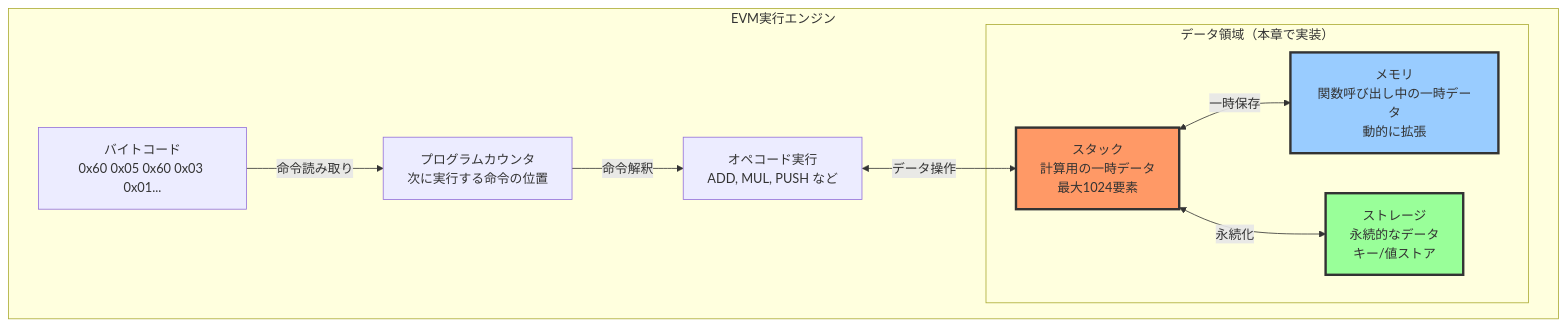
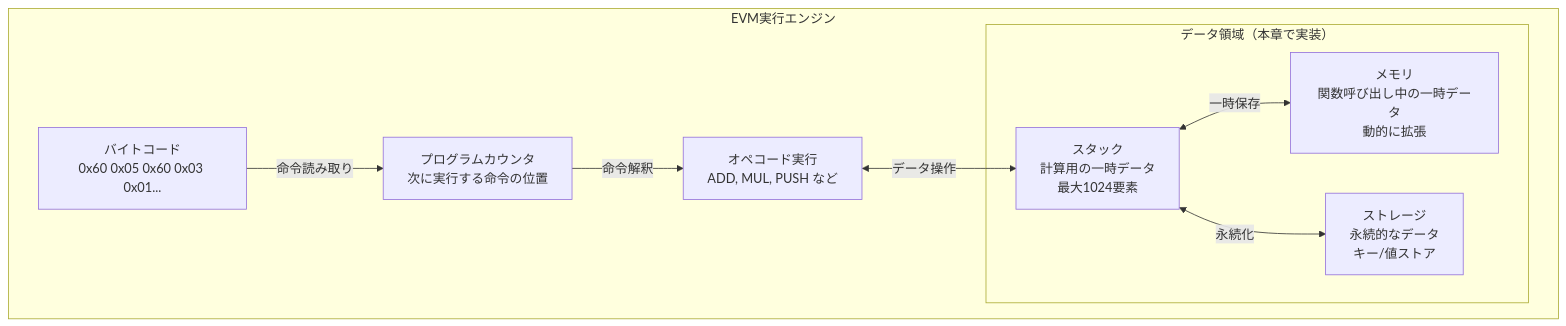
The diagram in books/zig-blockchain/chapter10.md (susumutomita/zenn-article), drawn with Mermaid before and after one commit. The commit also changed 10 other files, not shown here.

First line of the commit message:
Zig本を無料公開しMermaid表示を修正する (#257)

````diff
--- a/books/zig-blockchain/chapter10.md
+++ b/books/zig-blockchain/chapter10.md
@@ -14,25 +14,22 @@
 ```mermaid
 graph TD
     subgraph "EVM実行エンジン"
         PC[プログラムカウンタ<br/>次に実行する命令の位置]
         Bytecode[バイトコード<br/>0x60 0x05 0x60 0x03 0x01...]
 
         subgraph "データ領域（本章で実装）"
             Stack[スタック<br/>計算用の一時データ<br/>最大1024要素]
             Memory[メモリ<br/>関数呼び出し中の一時データ<br/>動的に拡張]
             Storage[ストレージ<br/>永続的なデータ<br/>キー/値ストア]
         end
 
         Opcode[オペコード実行<br/>ADD, MUL, PUSH など]
     end
 
     Bytecode -->|命令読み取り| PC
     PC -->|命令解釈| Opcode
     Opcode <-->|データ操作| Stack
     Stack <-->|一時保存| Memory
     Stack <-->|永続化| Storage
 
-    style Stack fill:#f96,stroke:#333,stroke-width:3px
-    style Memory fill:#9cf,stroke:#333,stroke-width:3px
-    style Storage fill:#9f9,stroke:#333,stroke-width:3px
 ```
````
